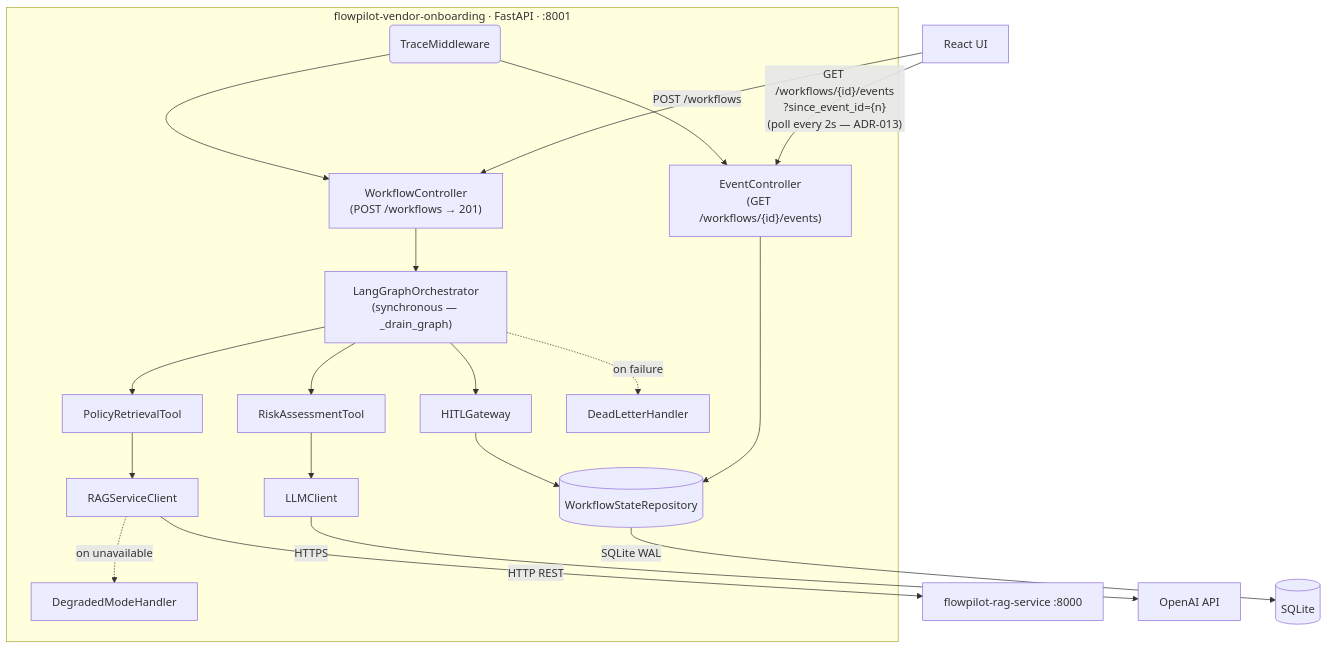
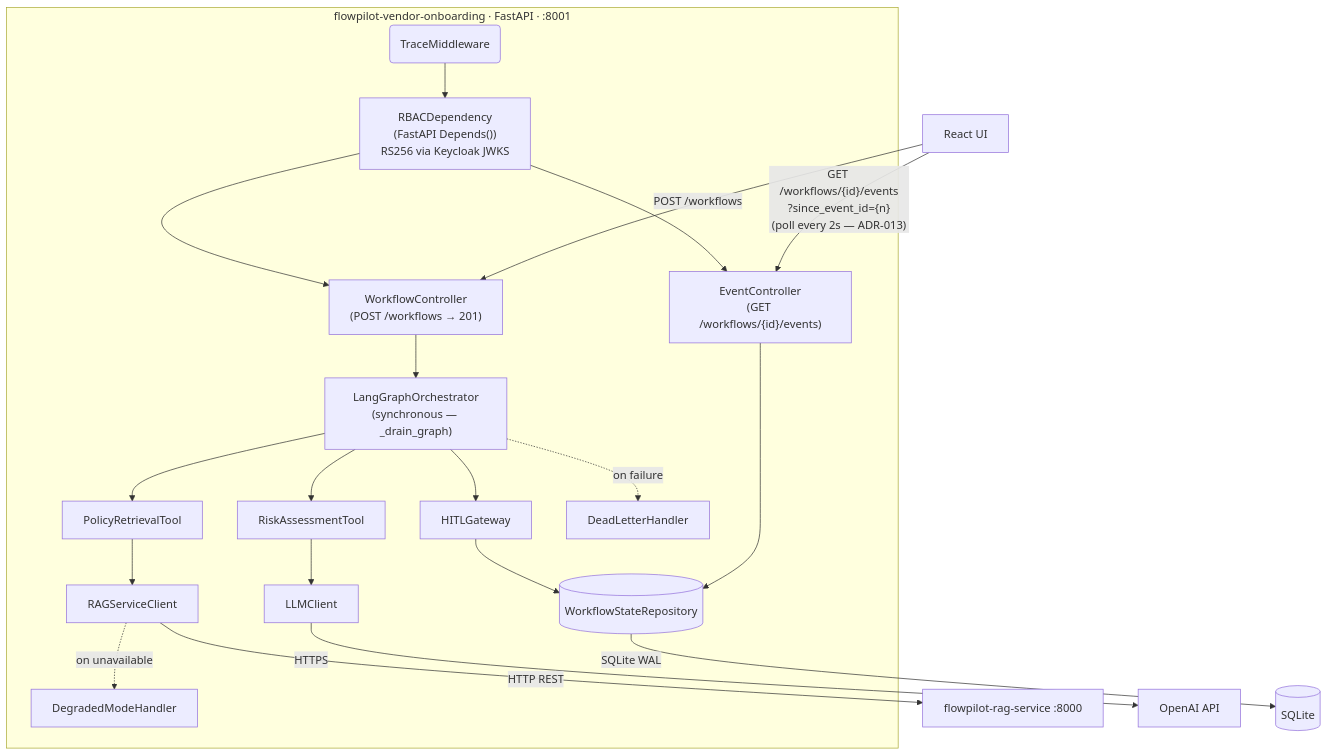
One commit to nitindra-soekhai/flowpilot-docs changed the diagram in architecture/c4-level3-vendor-onboarding.md. Above: the diagram before and after it, drawn with Mermaid. The commit also changed other lines of this file and 10 other files, not shown here.

Commit message:
docs: update architecture diagrams to v1.6 state

````diff
--- a/architecture/c4-level3-vendor-onboarding.md
+++ b/architecture/c4-level3-vendor-onboarding.md
@@ -3,28 +3,30 @@
 ```mermaid
 flowchart TD
     subgraph VO ["flowpilot-vendor-onboarding · FastAPI · :8001"]
         TM("TraceMiddleware")
+        RBAC["RBACDependency\n(FastAPI Depends())\nRS256 via Keycloak JWKS"]
         AC["WorkflowController\n(POST /workflows → 201)"]
         EC["EventController\n(GET /workflows/{id}/events)"]
         LG["LangGraphOrchestrator\n(synchronous — _drain_graph)"]
         PRT["PolicyRetrievalTool"] --> RSC["RAGServiceClient"]
         RAT["RiskAssessmentTool"] --> LLM["LLMClient"]
         HG["HITLGateway"] --> WSR[("WorkflowStateRepository")]
         DLH["DeadLetterHandler"]
         DMH["DegradedModeHandler"]
     end
 
-    TM --> AC & EC
+    TM --> RBAC
+    RBAC --> AC & EC
     AC --> LG
     EC --> WSR
     LG --> PRT & RAT & HG
     LG -.->|on failure| DLH
     RSC -.->|on unavailable| DMH
 
     RSC -->|HTTP REST| RAGS["flowpilot-rag-service :8000"]
     LLM -->|HTTPS| OAI["OpenAI API"]
     WSR -->|SQLite WAL| DB[("SQLite")]
 
     UI["React UI"] -->|POST /workflows| AC
     UI -->|"GET /workflows/{id}/events\n?since_event_id={n}\n(poll every 2s — ADR-013)"| EC
 ```
````
